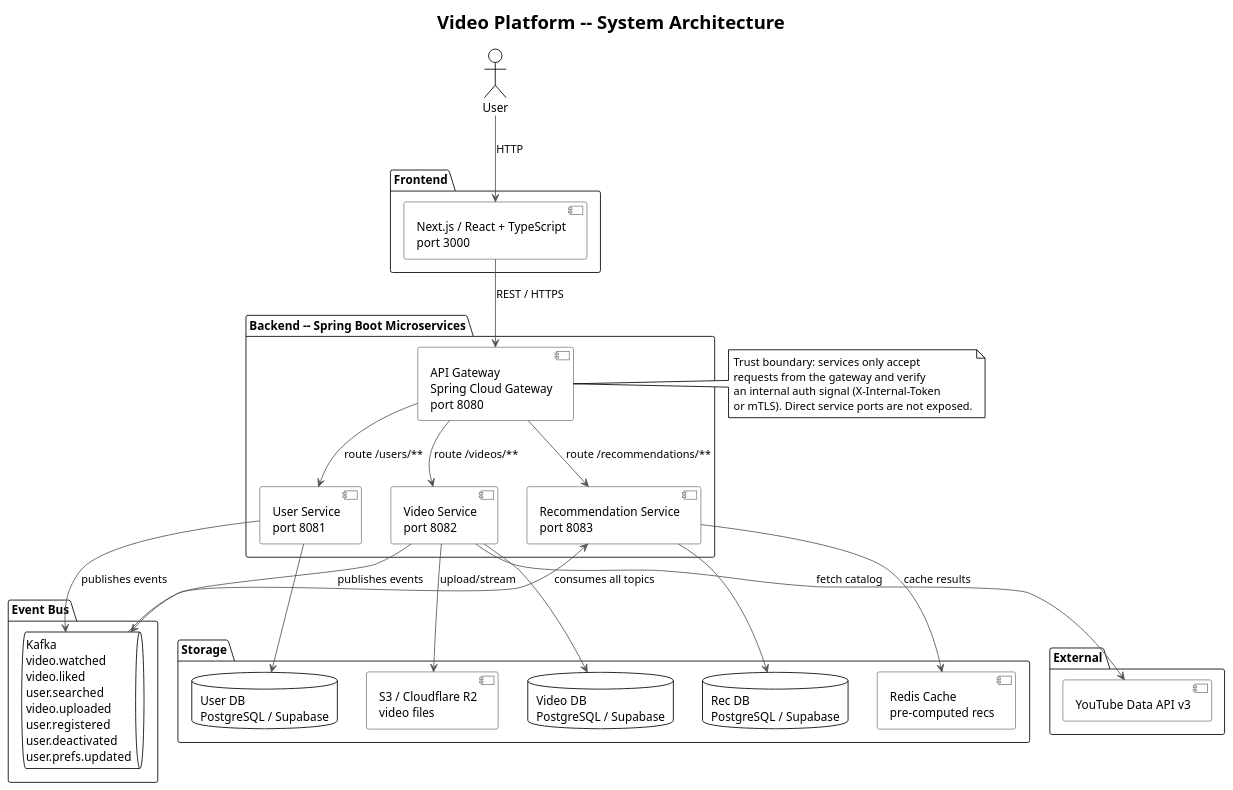
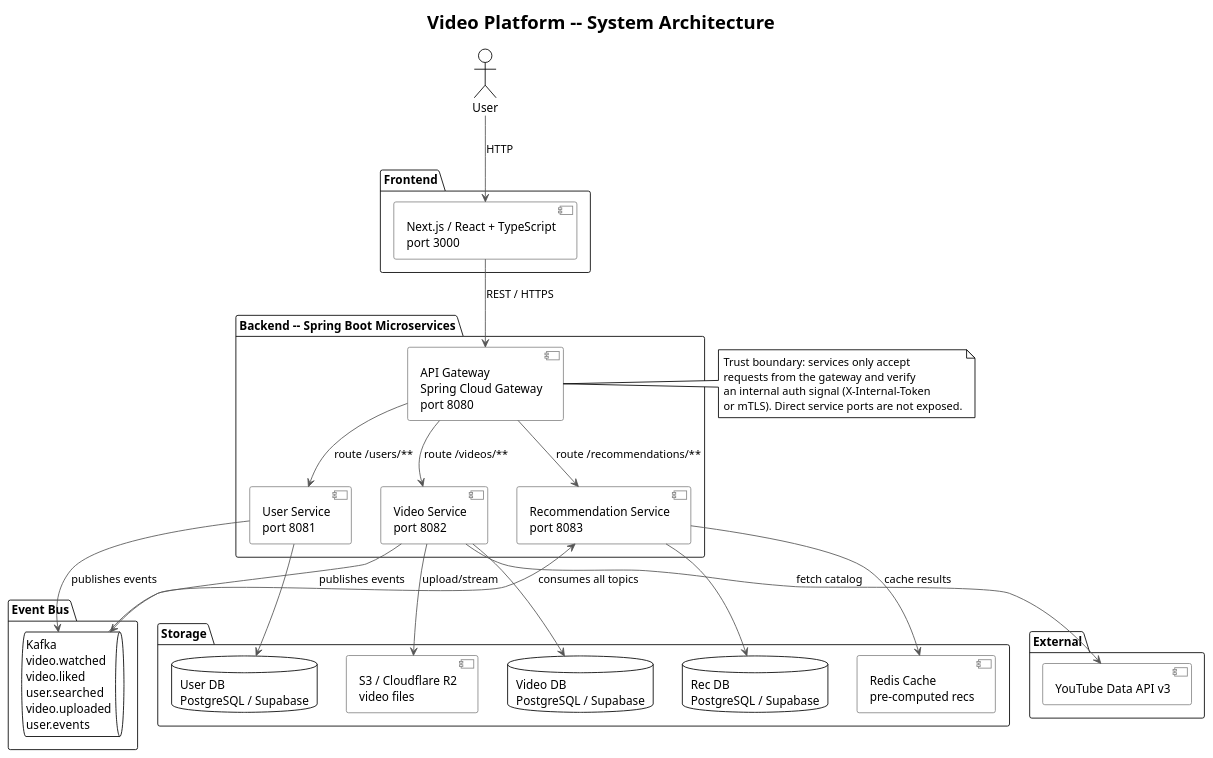
The diagram in uml/01_system_architecture.puml (AmnsAmr/recommendation_sys), drawn with PlantUML before and after one commit. The commit also changed 6 other files, not shown here.

```diff
--- a/uml/01_system_architecture.puml
+++ b/uml/01_system_architecture.puml
@@ -1,64 +1,64 @@
 @startuml System Architecture
 !theme plain
 skinparam backgroundColor #FFFFFF
 skinparam defaultFontName Arial
 skinparam ArrowColor #555555
 skinparam componentBorderColor #888888
 
 title Video Platform -- System Architecture
 
 actor "User" as user
 
 package "Frontend" {
   [Next.js / React + TypeScript\nport 3000] as frontend
 }
 
 package "Backend -- Spring Boot Microservices" {
   [API Gateway\nSpring Cloud Gateway\nport 8080] as gateway
 
   [User Service\nport 8081] as userSvc
   [Video Service\nport 8082] as videoSvc
   [Recommendation Service\nport 8083] as recSvc
 }
 
 package "Event Bus" {
-  queue "Kafka\nvideo.watched\nvideo.liked\nuser.searched\nvideo.uploaded\nuser.registered\nuser.deactivated\nuser.prefs.updated" as kafka
+  queue "Kafka\nvideo.watched\nvideo.liked\nuser.searched\nvideo.uploaded\nuser.events" as kafka
 }
 
 package "Storage" {
   database "User DB\nPostgreSQL / Supabase" as userDb
   database "Video DB\nPostgreSQL / Supabase" as videoDb
   database "Rec DB\nPostgreSQL / Supabase" as recDb
   [Redis Cache\npre-computed recs] as redis
   [S3 / Cloudflare R2\nvideo files] as s3
 }
 
 package "External" {
   [YouTube Data API v3] as ytApi
 }
 
 user --> frontend : HTTP
 frontend --> gateway : REST / HTTPS
 gateway --> userSvc : route /users/**
 gateway --> videoSvc : route /videos/**
 gateway --> recSvc : route /recommendations/**
 
 note right of gateway
   Trust boundary: services only accept
   requests from the gateway and verify
   an internal auth signal (X-Internal-Token
   or mTLS). Direct service ports are not exposed.
 end note
 
 userSvc --> userDb
 videoSvc --> videoDb
 videoSvc --> s3 : upload/stream
 videoSvc --> ytApi : fetch catalog
 recSvc --> recDb
 recSvc --> redis : cache results
 
 videoSvc --> kafka : publishes events
 userSvc --> kafka : publishes events
 kafka --> recSvc : consumes all topics
 
 @enduml
```
